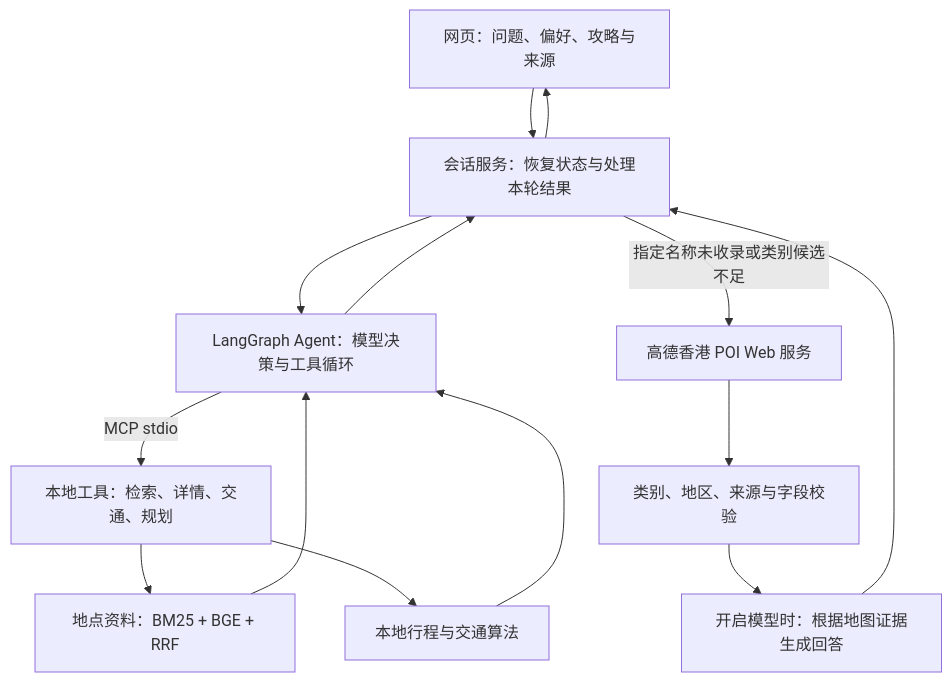
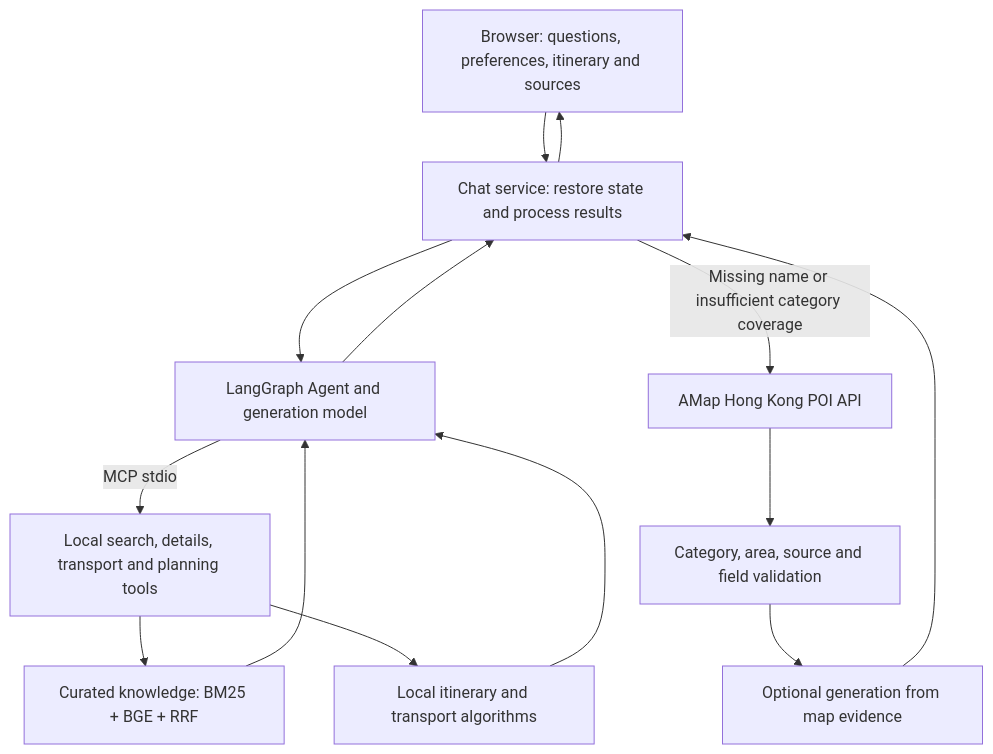
Before and after one commit to zz1170115506-del/DSAI5205-rag-travel-project: the diagram in README.md, drawn with Mermaid. The commit also changed other lines of this file and 25 other files, not shown here.

````diff
--- a/README.md
+++ b/README.md
@@ -47,16 +45,16 @@
 ```mermaid
 flowchart TD
-    W[网页：问题、偏好、攻略与来源] --> C[会话服务：恢复状态与处理本轮结果]
-    C --> A[LangGraph Agent：模型决策与工具循环]
-    A -->|MCP stdio| T[本地工具：检索、详情、交通、规划]
-    T --> K[地点资料：BM25 + BGE + RRF]
-    T --> P[本地行程与交通算法]
+    W[Browser: questions, preferences, itinerary and sources] --> C[Chat service: restore state and process results]
+    C --> A[LangGraph Agent and generation model]
+    A -->|MCP stdio| T[Local search, details, transport and planning tools]
+    T --> K[Curated knowledge: BM25 + BGE + RRF]
+    T --> P[Local itinerary and transport algorithms]
     K --> A
     P --> A
     A --> C
-    C -->|指定名称未收录或类别候选不足| M[高德香港 POI Web 服务]
-    M --> E[类别、地区、来源与字段校验]
-    E --> G[开启模型时：根据地图证据生成回答]
+    C -->|Missing name or insufficient category coverage| M[AMap Hong Kong POI API]
+    M --> E[Category, area, source and field validation]
+    E --> G[Optional generation from map evidence]
     G --> C
     C --> W
 ```
````
